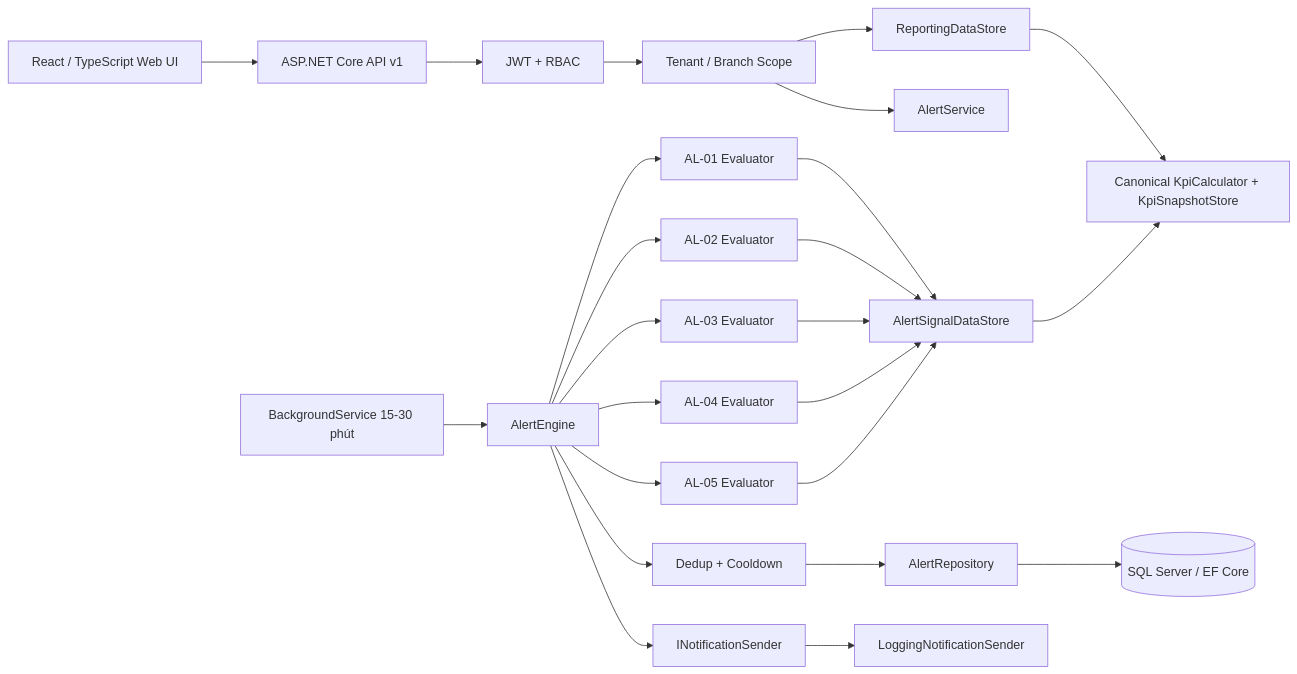
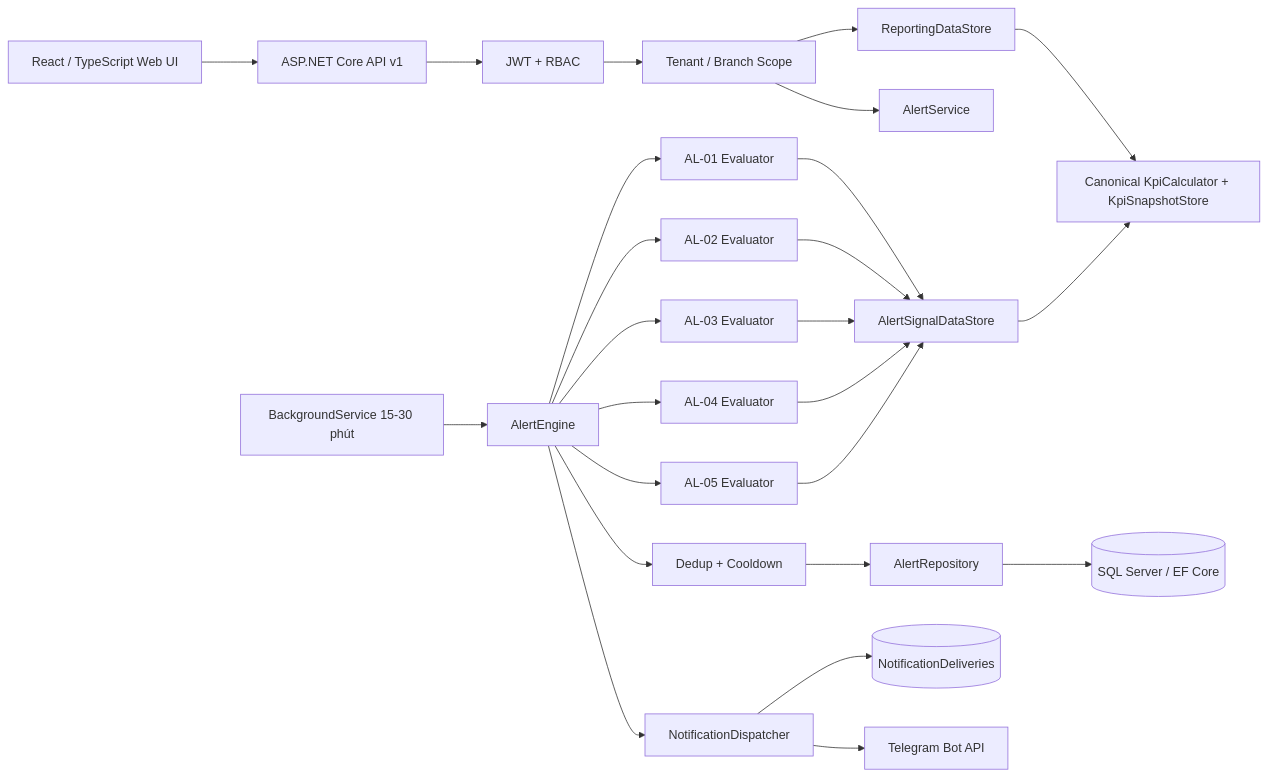
The diagram in docs/gd3/ARCHITECTURE.md (PhanPhong13112005/hosco-executive-ai-dashboard), drawn with Mermaid before and after one commit. The commit also changed other lines of this file and 10 other files, not shown here.

````diff
--- a/docs/gd3/ARCHITECTURE.md
+++ b/docs/gd3/ARCHITECTURE.md
@@ -7,22 +7,23 @@
 ```mermaid
 flowchart LR
     Web[React / TypeScript Web UI] --> API[ASP.NET Core API v1]
     API --> Auth[JWT + RBAC]
     Auth --> Scope[Tenant / Branch Scope]
     Scope --> Reporting[ReportingDataStore]
     Reporting --> KPI[Canonical KpiCalculator + KpiSnapshotStore]
     Scope --> AlertService[AlertService]
     Scheduler[BackgroundService 15-30 phút] --> Engine[AlertEngine]
     Engine --> E1[AL-01 Evaluator]
     Engine --> E2[AL-02 Evaluator]
     Engine --> E3[AL-03 Evaluator]
     Engine --> E4[AL-04 Evaluator]
     Engine --> E5[AL-05 Evaluator]
     E1 & E2 & E3 & E4 & E5 --> Signals[AlertSignalDataStore]
     Signals --> KPI
     Engine --> Dedup[Dedup + Cooldown]
     Dedup --> Repo[AlertRepository]
     Repo --> DB[(SQL Server / EF Core)]
-    Engine --> Notify[INotificationSender]
-    Notify --> Log[LoggingNotificationSender]
+    Engine --> Notify[NotificationDispatcher]
+    Notify --> Delivery[(NotificationDeliveries)]
+    Notify --> Telegram[Telegram Bot API]
 ```
````
